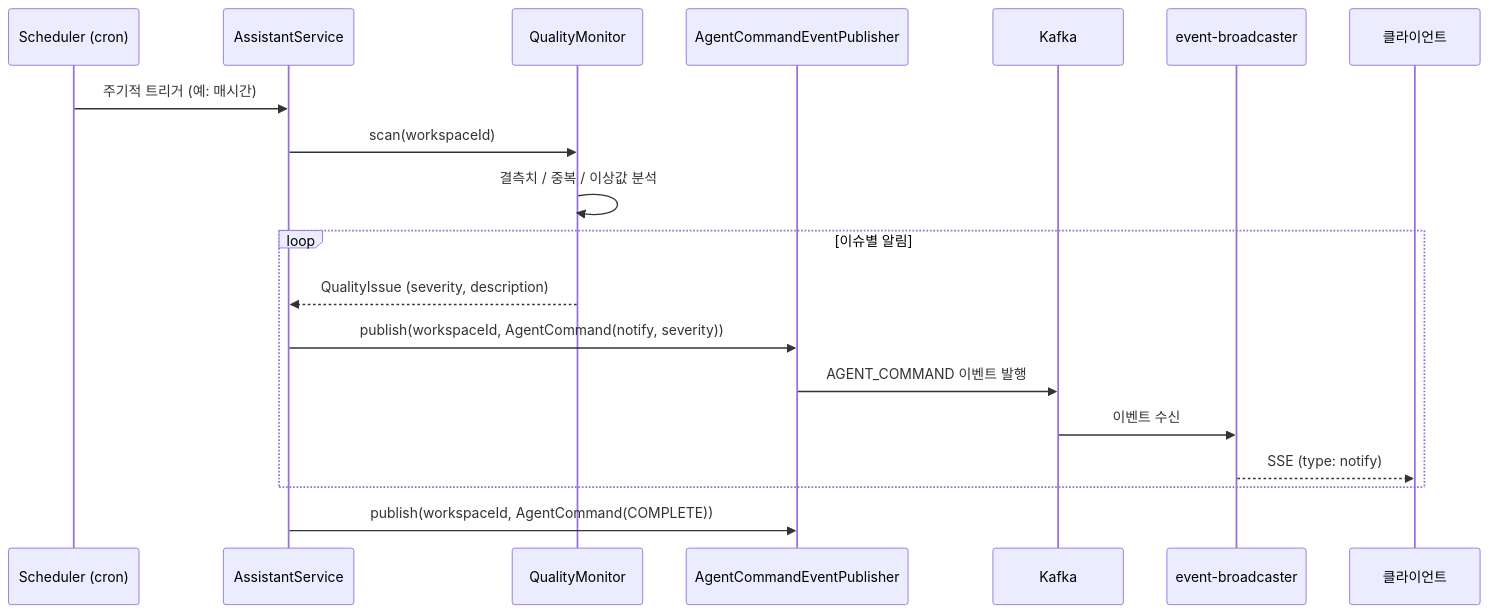
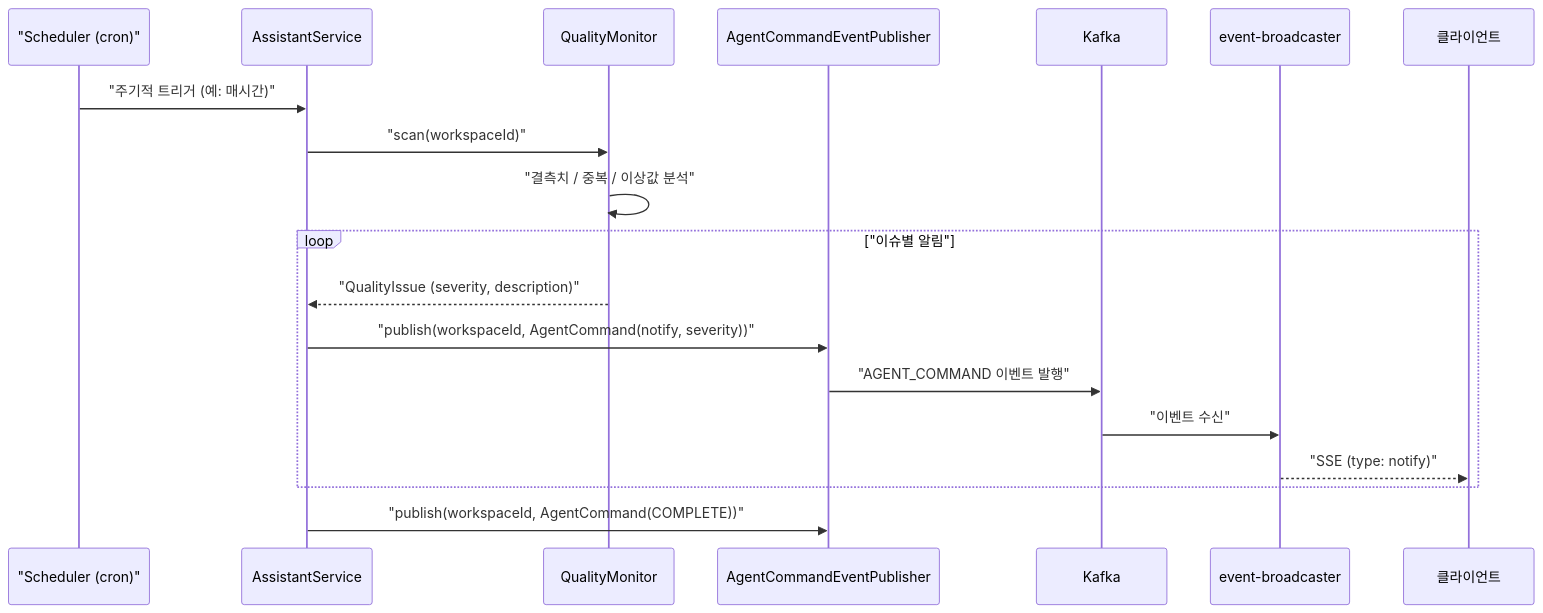
Before and after one commit to sayaya1090/handbook: the tenth of 13 diagrams in assistant/USECASE.md, drawn with Mermaid. The commit also changed other lines of this file and 22 other files, not shown here.

First line of the commit message:
docs: Mermaid 다이어그램 렌더링 오류 수정을 위한 구문 전수 교정

````diff
--- a/assistant/USECASE.md
+++ b/assistant/USECASE.md
@@ -348,22 +348,22 @@
 ```mermaid
 sequenceDiagram
-    participant Scheduler as Scheduler (cron)
+    participant Scheduler as "Scheduler (cron)"
     participant Svc as AssistantService
     participant QM as QualityMonitor
     participant Pub as AgentCommandEventPublisher
     participant K as Kafka
     participant EB as event-broadcaster
     participant UI as 클라이언트
 
-    Scheduler->>Svc: 주기적 트리거 (예: 매시간)
-    Svc->>QM: scan(workspaceId)
-    QM->>QM: 결측치 / 중복 / 이상값 분석
-    loop 이슈별 알림
-        QM-->>Svc: QualityIssue (severity, description)
-        Svc->>Pub: publish(workspaceId, AgentCommand(notify, severity))
-        Pub->>K: AGENT_COMMAND 이벤트 발행
-        K->>EB: 이벤트 수신
-        EB-->>UI: SSE (type: notify)
+    Scheduler->>Svc: "주기적 트리거 (예: 매시간)"
+    Svc->>QM: "scan(workspaceId)"
+    QM->>QM: "결측치 / 중복 / 이상값 분석"
+    loop "이슈별 알림"
+        QM-->>Svc: "QualityIssue (severity, description)"
+        Svc->>Pub: "publish(workspaceId, AgentCommand(notify, severity))"
+        Pub->>K: "AGENT_COMMAND 이벤트 발행"
+        K->>EB: "이벤트 수신"
+        EB-->>UI: "SSE (type: notify)"
     end
-    Svc->>Pub: publish(workspaceId, AgentCommand(COMPLETE))
+    Svc->>Pub: "publish(workspaceId, AgentCommand(COMPLETE))"
 ```
````
